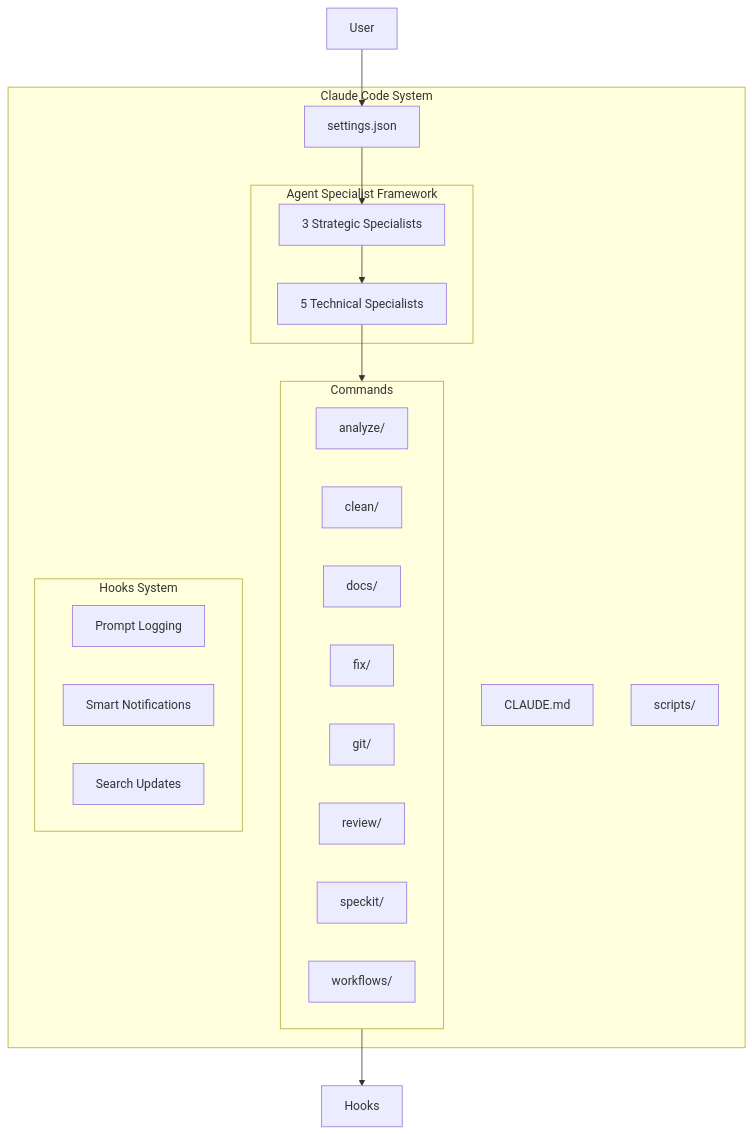
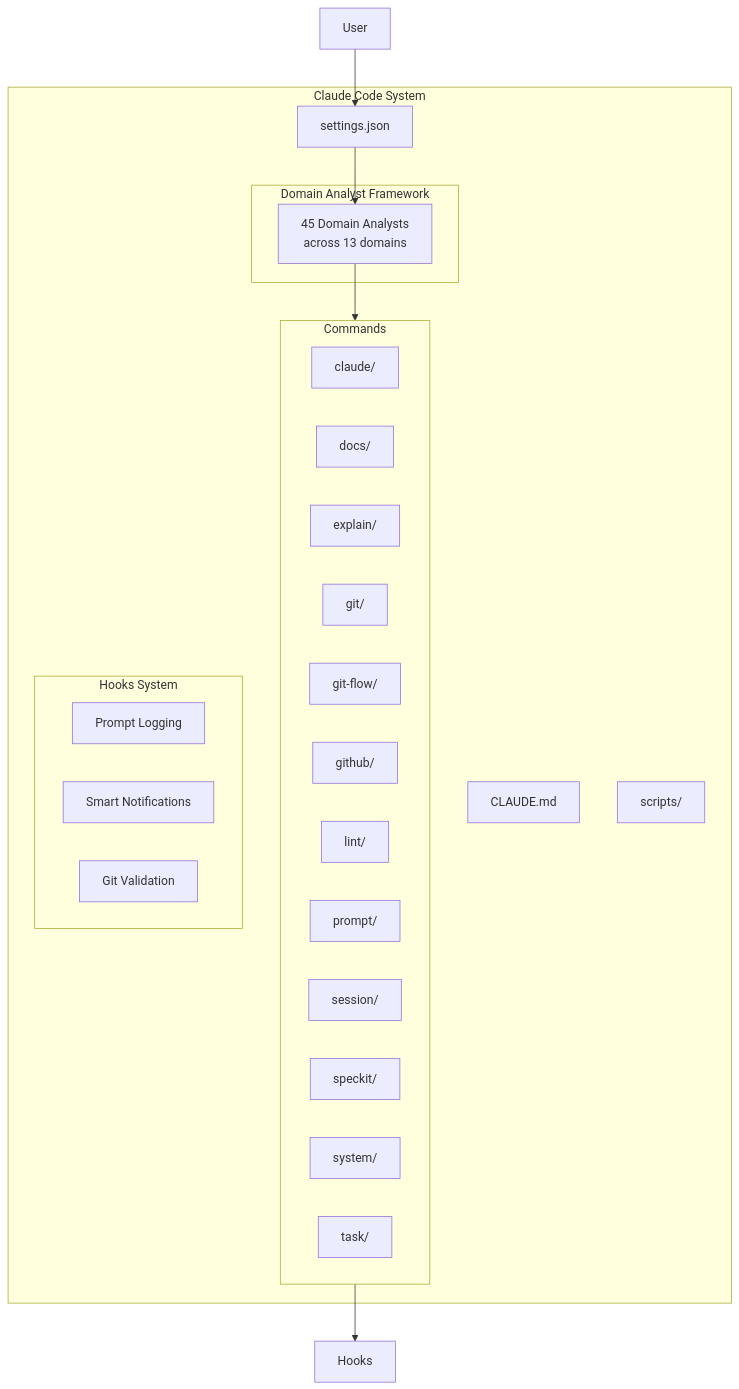
Before and after one commit to thomasholknielsen/claude-code-config: the diagram in docs/developer/developer-guide.md, drawn with Mermaid. The commit also changed other lines of this file and 116 other files, not shown here.

First line of the commit message:
fix: resolve pre-commit review findings and rename compliance agent

````diff
--- a/docs/developer/developer-guide.md
+++ b/docs/developer/developer-guide.md
@@ -10,36 +10,38 @@
 ```mermaid
 graph TB
     subgraph "Claude Code System"
         Settings[settings.json]
         Claude[CLAUDE.md]
         Scripts[scripts/]
 
-        subgraph "Agent Specialist Framework"
-            AnalysisSpecialists[3 Strategic Specialists]
-            ExecutionSpecialists[5 Technical Specialists]
+        subgraph "Domain Analyst Framework"
+            DomainAnalysts[45 Domain Analysts<br/>across 13 domains]
         end
 
         subgraph "Commands"
-            Analyze[analyze/]
-            Clean[clean/]
-            Docs[docs/]
-            Fix[fix/]
-            Git[git/]
-            Review[review/]
-            SpecKit[speckit/]
-            Workflows[workflows/]
+            Claude_Cmd[claude/]
+            Docs_Cmd[docs/]
+            Explain_Cmd[explain/]
+            Git_Cmd[git/]
+            GitFlow_Cmd[git-flow/]
+            GitHub_Cmd[github/]
+            Lint_Cmd[lint/]
+            Prompt_Cmd[prompt/]
+            Session_Cmd[session/]
+            SpecKit_Cmd[speckit/]
+            System_Cmd[system/]
+            Task_Cmd[task/]
         end
 
         subgraph "Hooks System"
             PromptLog[Prompt Logging]
             Notifications[Smart Notifications]
-            SearchUpdate[Search Updates]
+            GitValidation[Git Validation]
         end
     end
 
     User --> Settings
-    Settings --> AnalysisSpecialists
-    AnalysisSpecialists --> ExecutionSpecialists
-    ExecutionSpecialists --> Commands
+    Settings --> DomainAnalysts
+    DomainAnalysts --> Commands
     Commands --> Hooks
 ```
````
